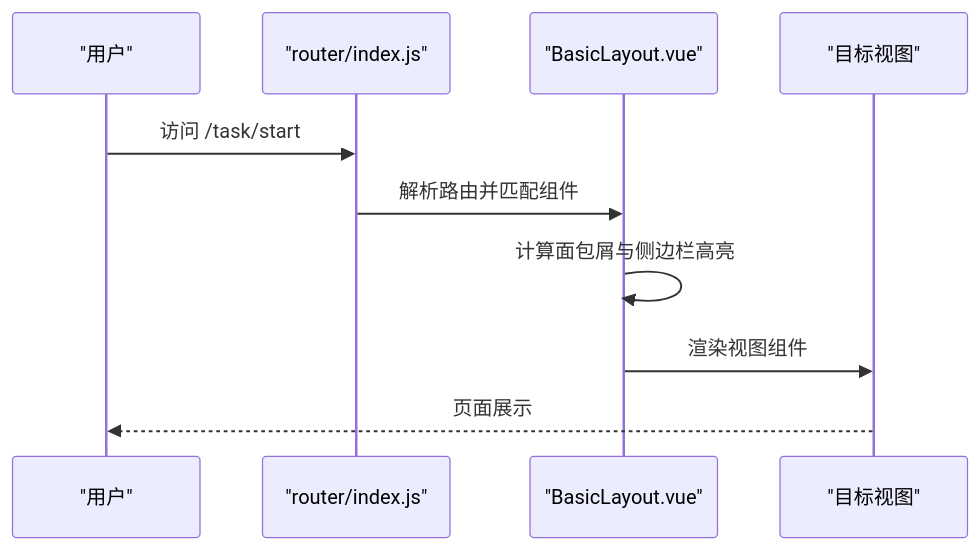
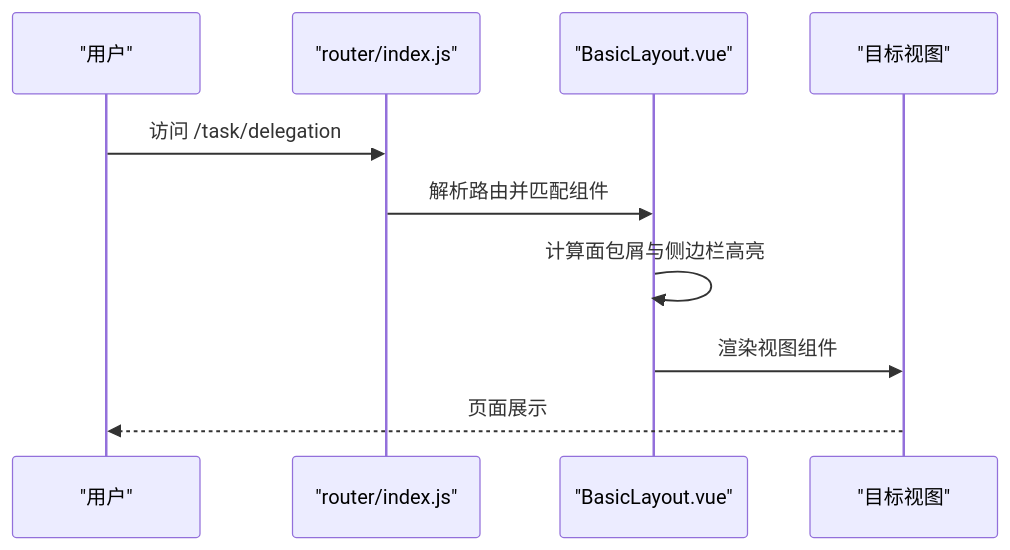
Before and after one commit to liming-lihaini/workflow: the third of 13 diagrams in .qoder/repowiki/zh/content/用户界面设计/用户界面设计.md, drawn with Mermaid. The commit also changed other lines of this file and 27 other files, not shown here.

````diff
--- a/.qoder/repowiki/zh/content/用户界面设计/用户界面设计.md
+++ b/.qoder/repowiki/zh/content/用户界面设计/用户界面设计.md
@@ -241,12 +258,12 @@
 ```mermaid
 sequenceDiagram
 participant U as "用户"
 participant R as "router/index.js"
 participant L as "BasicLayout.vue"
 participant V as "目标视图"
-U->>R : 访问 /task/start
+U->>R : 访问 /task/delegation
 R->>L : 解析路由并匹配组件
 L->>L : 计算面包屑与侧边栏高亮
 L->>V : 渲染视图组件
 V-->>U : 页面展示
 ```
````
